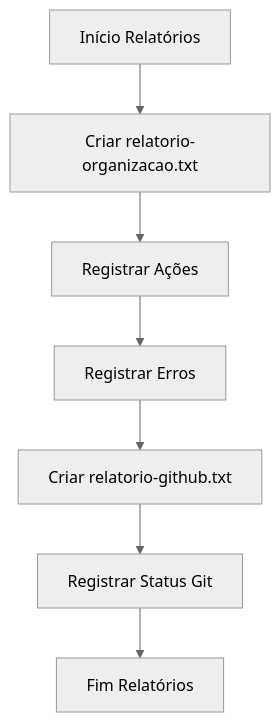
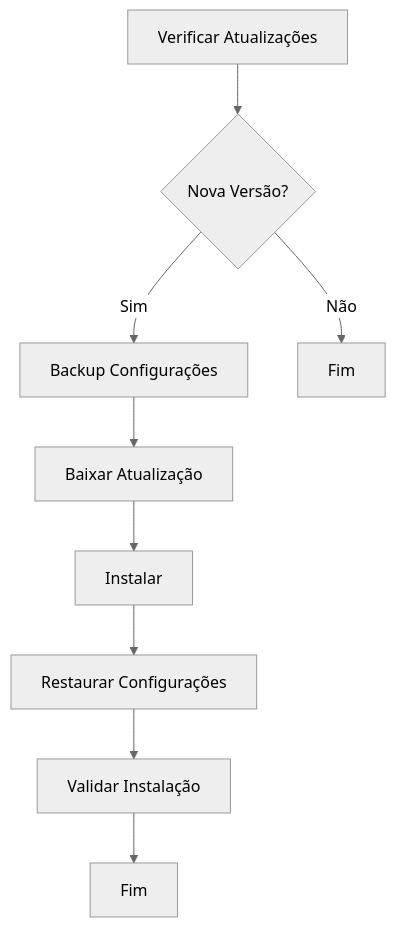
Before and after one commit to JoaoSantosCodes/start-devai: the seventh of 7 diagrams in docs/FLUXOGRAMA.md, drawn with Mermaid (neutral theme). The commit also changed other lines of this file and 2 other files, not shown here.

````diff
--- a/docs/FLUXOGRAMA.md
+++ b/docs/FLUXOGRAMA.md
@@ -83,9 +144,13 @@
 ```mermaid
 graph TD
-    A[Início Relatórios] --> B[Criar relatorio-organizacao.txt]
-    B --> C[Registrar Ações]
-    C --> D[Registrar Erros]
-    D --> E[Criar relatorio-github.txt]
-    E --> F[Registrar Status Git]
-    F --> G[Fim Relatórios]
+    A[Verificar Atualizações] --> B{Nova Versão?}
+
+    B -->|Sim| C[Backup Configurações]
+    B -->|Não| D[Fim]
+
+    C --> E[Baixar Atualização]
+    E --> F[Instalar]
+    F --> G[Restaurar Configurações]
+    G --> H[Validar Instalação]
+    H --> I[Fim]
 ```
````
